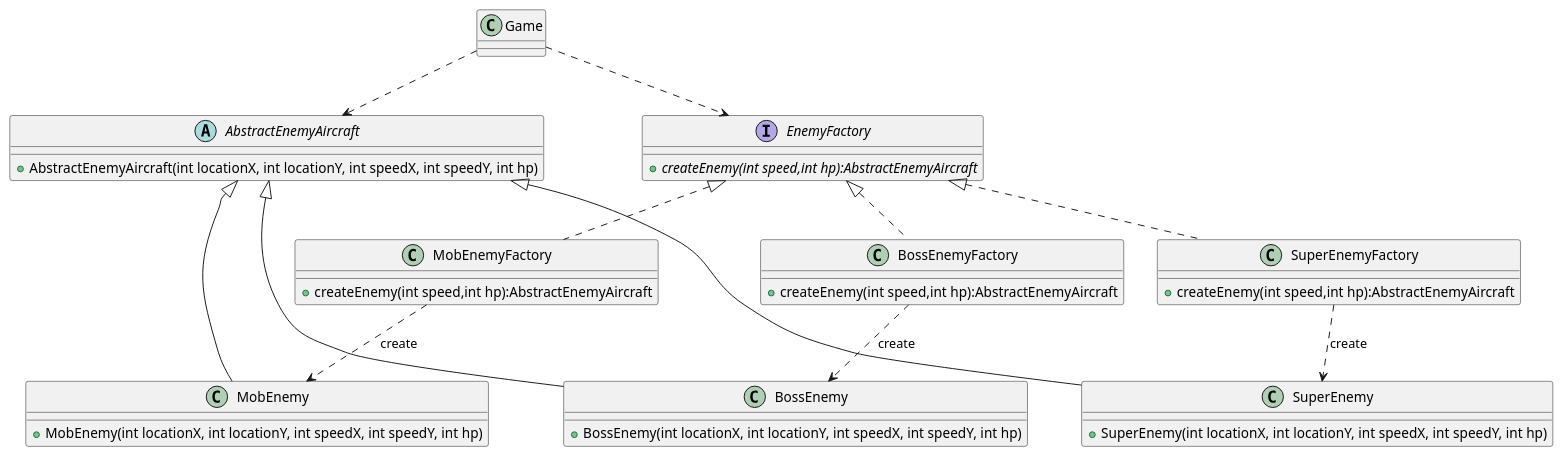
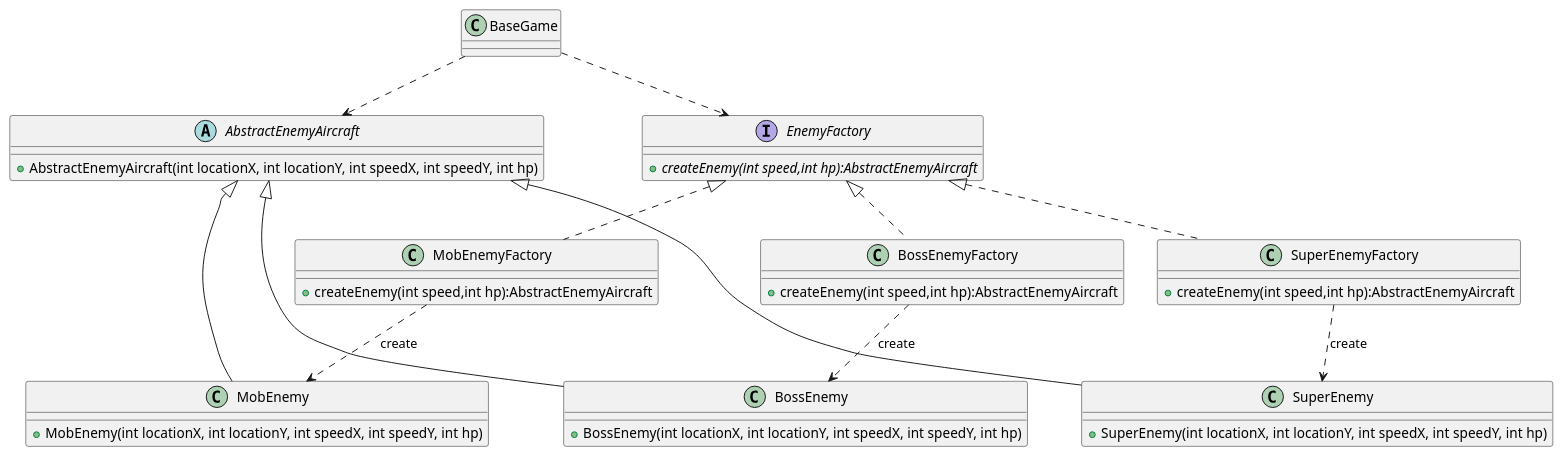
Before and after one commit to jirange/aircraft-war: the diagram in uml/exp2-工厂模式敌机UML类图.puml, drawn with PlantUML. The commit also changed 21 other files, not shown here.

```diff
--- a/uml/exp2-工厂模式敌机UML类图.puml
+++ b/uml/exp2-工厂模式敌机UML类图.puml
@@ -1,53 +1,53 @@
 @startuml
 'https://plantuml.com/sequence-diagram
 
 abstract class AbstractEnemyAircraft {
     + AbstractEnemyAircraft(int locationX, int locationY, int speedX, int speedY, int hp)
 }
 
 
 class MobEnemy {
 '普通敌机类
     + MobEnemy(int locationX, int locationY, int speedX, int speedY, int hp)
 }
 
 class SuperEnemy {
 '精英敌机类
     + SuperEnemy(int locationX, int locationY, int speedX, int speedY, int hp)
 }
 
 class BossEnemy {
 'boss敌机类
     + BossEnemy(int locationX, int locationY, int speedX, int speedY, int hp)
 }
 
 
 
 interface EnemyFactory{
     + {abstract} createEnemy(int speed,int hp):AbstractEnemyAircraft
 }
 class MobEnemyFactory {
     + createEnemy(int speed,int hp):AbstractEnemyAircraft
 }
 class SuperEnemyFactory {
     + createEnemy(int speed,int hp):AbstractEnemyAircraft
 }
 class BossEnemyFactory {
     + createEnemy(int speed,int hp):AbstractEnemyAircraft
 }
 
 EnemyFactory<|.. MobEnemyFactory
 EnemyFactory<|.. SuperEnemyFactory
 EnemyFactory<|.. BossEnemyFactory
 AbstractEnemyAircraft <|-- MobEnemy
 AbstractEnemyAircraft <|-- SuperEnemy
 AbstractEnemyAircraft <|-- BossEnemy
 
 
 MobEnemyFactory ..> MobEnemy:"«create»"
 SuperEnemyFactory ..> SuperEnemy:"«create»"
 BossEnemyFactory ..> BossEnemy:"«create»"
-Game ..> EnemyFactory
-Game ..> AbstractEnemyAircraft
+BaseGame ..> EnemyFactory
+BaseGame ..> AbstractEnemyAircraft
 
 @enduml
```
